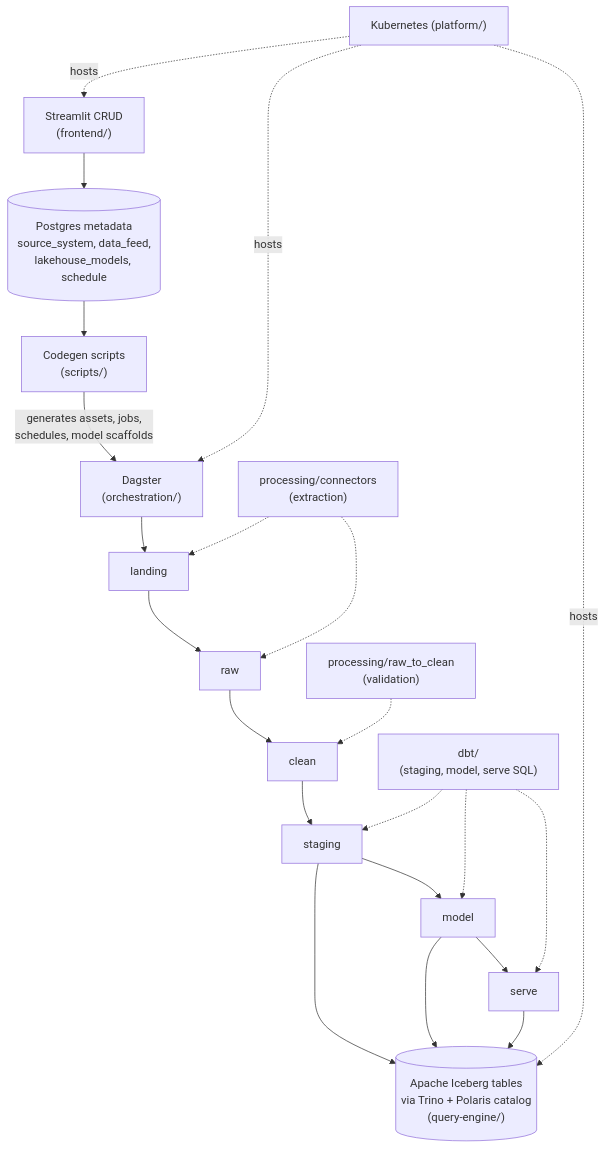
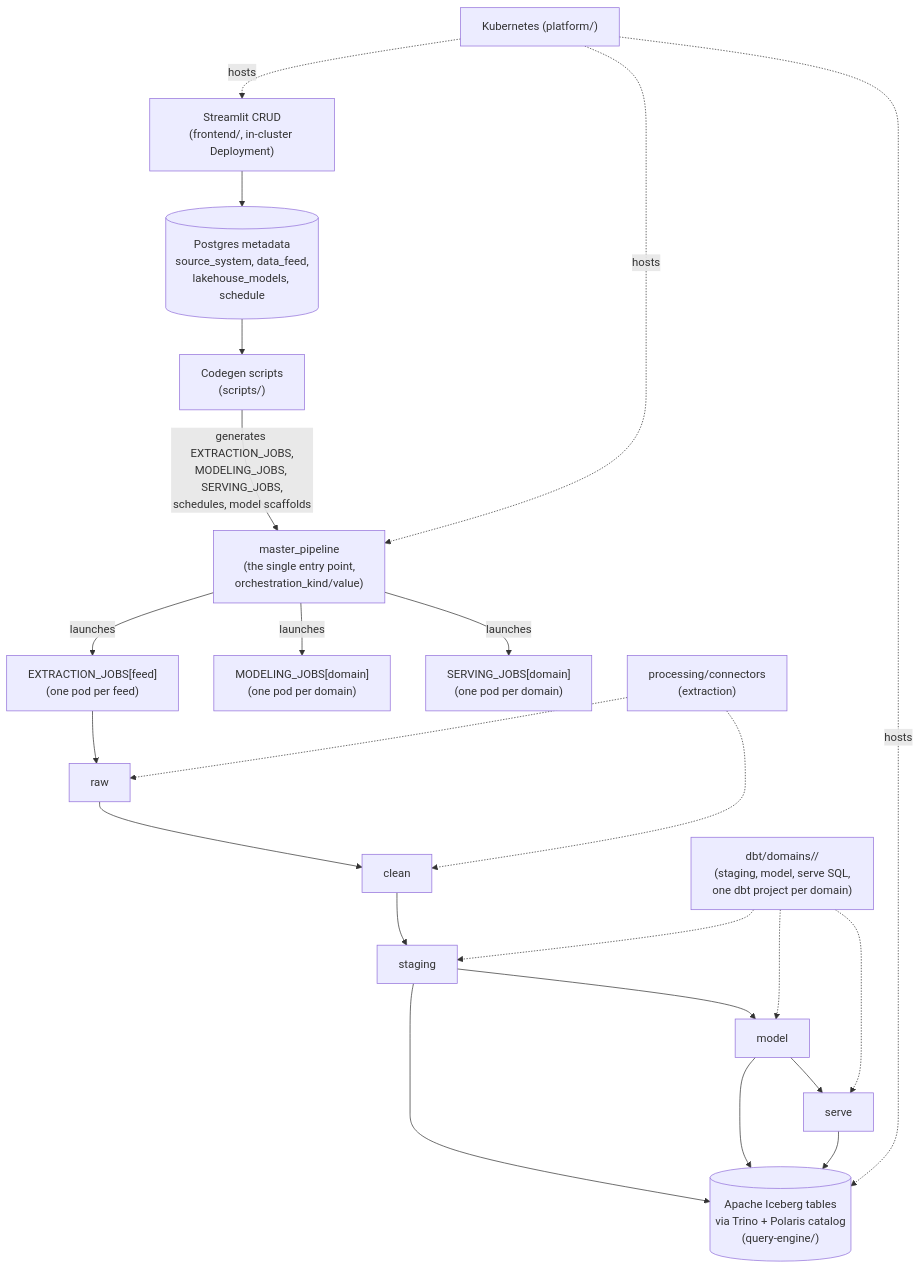
One commit to Ze1598/data-platform changed the diagram in README.md. Above: the diagram before and after it, drawn with Mermaid. The commit also changed other lines of this file and 4 other files, not shown here.

````diff
--- a/README.md
+++ b/README.md
@@ -9,28 +9,30 @@
 ```mermaid
 flowchart TB
-    UI["Streamlit CRUD\n(frontend/)"] --> META[("Postgres metadata\nsource_system, data_feed,\nlakehouse_models, schedule")]
+    UI["Streamlit CRUD\n(frontend/, in-cluster Deployment)"] --> META[("Postgres metadata\nsource_system, data_feed,\nlakehouse_models, schedule")]
     META --> CG["Codegen scripts\n(scripts/)"]
-    CG -->|"generates assets, jobs,\nschedules, model scaffolds"| DAG["Dagster\n(orchestration/)"]
+    CG -->|"generates EXTRACTION_JOBS,\nMODELING_JOBS, SERVING_JOBS,\nschedules, model scaffolds"| MP["master_pipeline\n(the single entry point,\norchestration_kind/value)"]
 
-    DAG --> L[landing]
-    L --> RA[raw]
+    MP -->|launches| EJ["EXTRACTION_JOBS[feed]\n(one pod per feed)"]
+    MP -->|launches| MJ["MODELING_JOBS[domain]\n(one pod per domain)"]
+    MP -->|launches| SJ["SERVING_JOBS[domain]\n(one pod per domain)"]
+
+    EJ --> RA[raw]
     RA --> C[clean]
     C --> S[staging]
     S --> MO[model]
     MO --> SE[serve]
 
-    CONN["processing/connectors\n(extraction)"] -.-> L
-    CONN -.-> RA
-    R2C["processing/raw_to_clean\n(validation)"] -.-> C
-    DBT["dbt/\n(staging, model, serve SQL)"] -.-> S
+    CONN["processing/connectors\n(extraction)"] -.-> RA
+    CONN -.-> C
+    DBT["dbt/domains/<domain>/\n(staging, model, serve SQL,\none dbt project per domain)"] -.-> S
     DBT -.-> MO
     DBT -.-> SE
 
     S --> ICE[("Apache Iceberg tables\nvia Trino + Polaris catalog\n(query-engine/)")]
     MO --> ICE
     SE --> ICE
 
-    K8S["Kubernetes (platform/)"] -. hosts .-> DAG
+    K8S["Kubernetes (platform/)"] -. hosts .-> MP
     K8S -. hosts .-> ICE
     K8S -. hosts .-> UI
 ```
````
